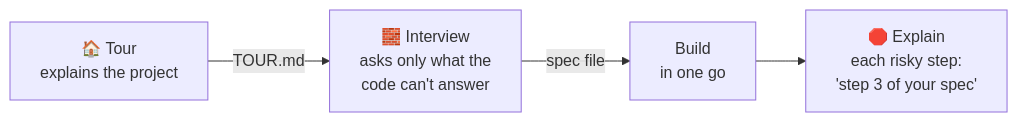
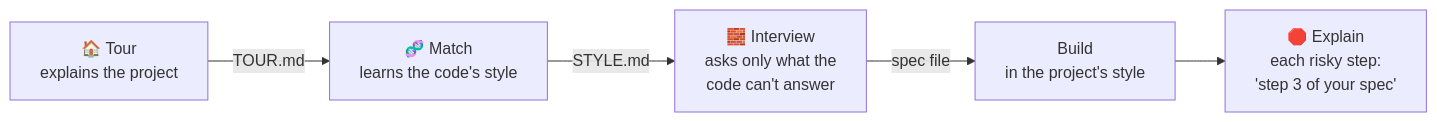
The diagram in README.md (ssaaffaakk/every-corner-skills), drawn with Mermaid before and after one commit. The commit also changed other lines of this file and 46 other files, not shown here.

````diff
--- a/README.md
+++ b/README.md
@@ -138,6 +150,7 @@
 ```mermaid
 flowchart LR
-    T["🏠 Tour<br/>explains the project"] -->|"TOUR.md"| I["🧱 Interview<br/>asks only what the<br/>code can't answer"]
-    I -->|"spec file"| B["Build<br/>in one go"]
+    T["🏠 Tour<br/>explains the project"] -->|"TOUR.md"| M["🧬 Match<br/>learns the code's style"]
+    M -->|"STYLE.md"| I["🧱 Interview<br/>asks only what the<br/>code can't answer"]
+    I -->|"spec file"| B["Build<br/>in the project's style"]
     B --> E["🛑 Explain<br/>each risky step:<br/>'step 3 of your spec'"]
 ```
````
